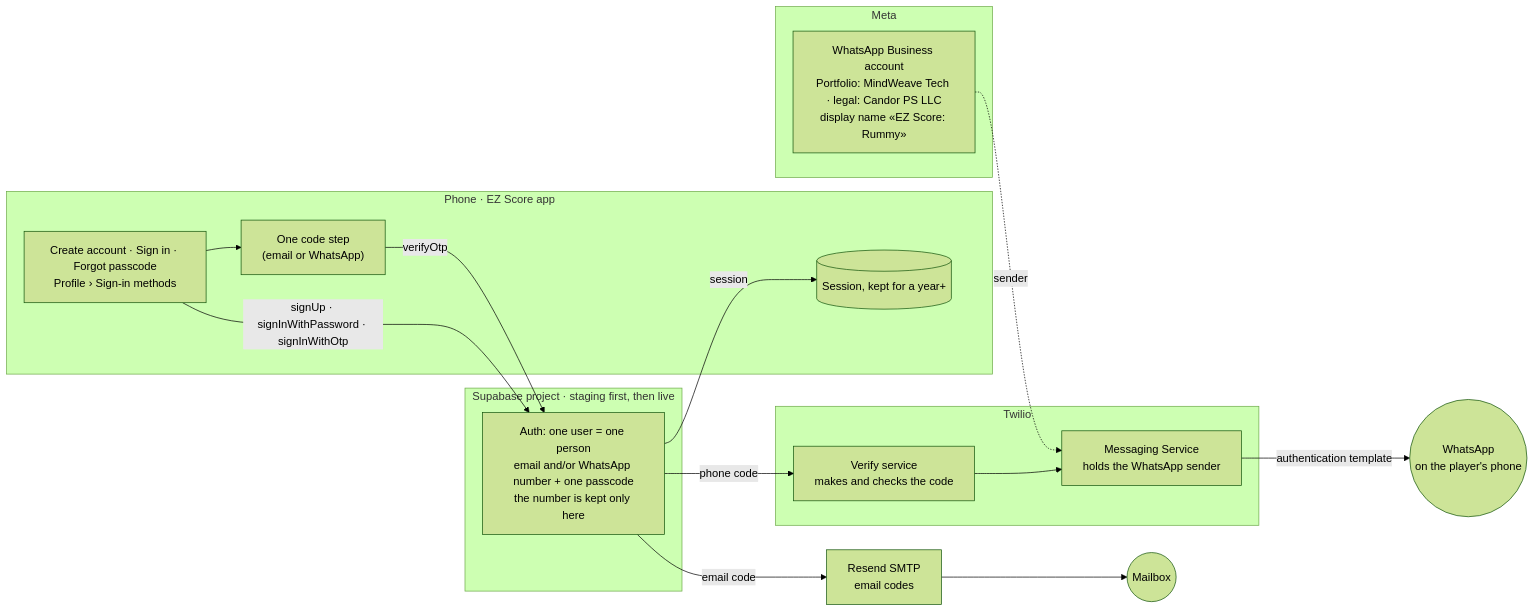
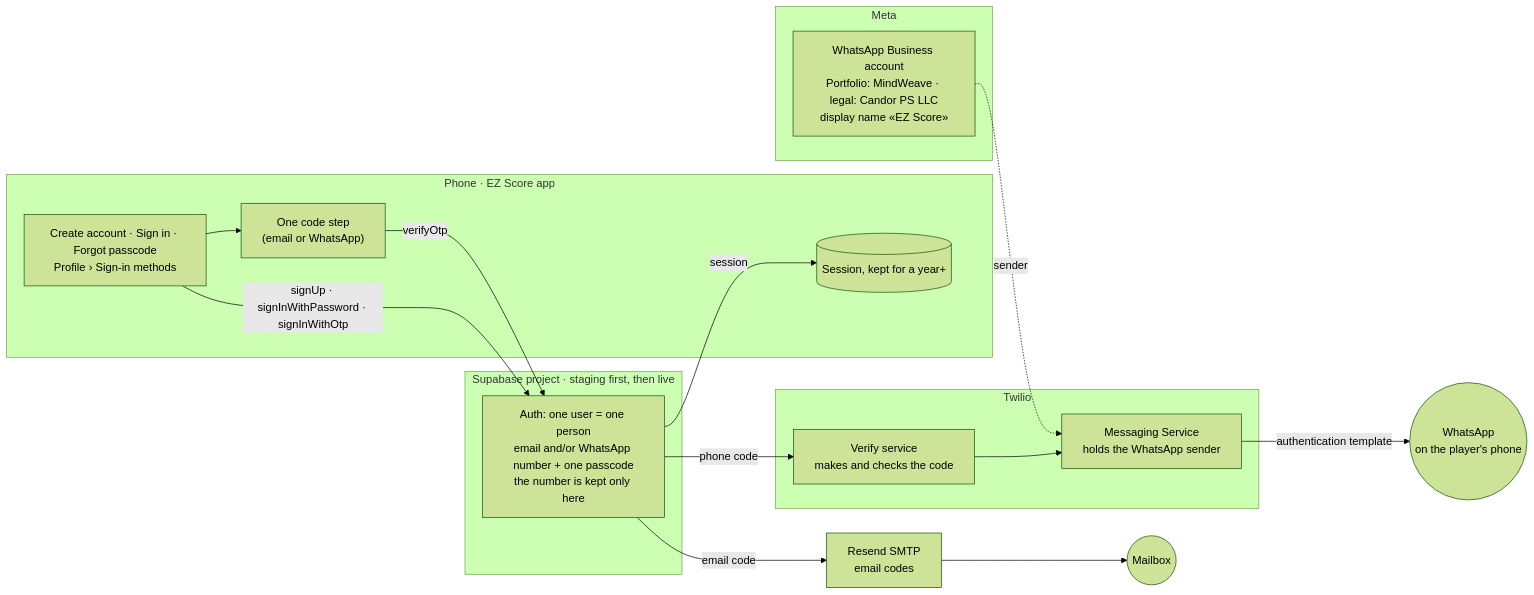
The first of 9 diagrams in rummy-home3/docs/whatsapp-sign-in/flows.md (sreeatcandorps/RummyHome), drawn with Mermaid (forest theme) before and after one commit. The commit also changed other lines of this file and 4 other files, not shown here.

Commit message:
WhatsApp spec: one APK (D117), MindWeave and EZ Score names (D118, D119), new Twilio number (D120), California DBA (D121), Candor PS out of sight (D123)

````diff
--- a/rummy-home3/docs/whatsapp-sign-in/flows.md
+++ b/rummy-home3/docs/whatsapp-sign-in/flows.md
@@ -17,29 +17,29 @@
 ```mermaid
 flowchart LR
   subgraph phone["Phone · EZ Score app"]
     UI["Create account · Sign in · Forgot passcode<br/>Profile › Sign-in methods"]
     STEP["One code step<br/>(email or WhatsApp)"]
     SESS[("Session, kept for a year+")]
   end
   subgraph supa["Supabase project · staging first, then live"]
     AUTH["Auth: one user = one person<br/>email and/or WhatsApp number + one passcode<br/>the number is kept only here"]
   end
   subgraph tw["Twilio"]
     VER["Verify service<br/>makes and checks the code"]
     MG["Messaging Service<br/>holds the WhatsApp sender"]
   end
   subgraph meta["Meta"]
-    WABA["WhatsApp Business account<br/>Portfolio: MindWeave Tech · legal: Candor PS LLC<br/>display name «EZ Score: Rummy»"]
+    WABA["WhatsApp Business account<br/>Portfolio: MindWeave · legal: Candor PS LLC<br/>display name «EZ Score»"]
   end
   RES["Resend SMTP<br/>email codes"]
   WA(("WhatsApp<br/>on the player's phone"))
   MAIL(("Mailbox"))
 
   UI --> STEP
   UI -- "signUp · signInWithPassword · signInWithOtp" --> AUTH
   STEP -- "verifyOtp" --> AUTH
   AUTH -- "session" --> SESS
   AUTH -- "phone code" --> VER --> MG -- "authentication template" --> WA
   WABA -. "sender" .-> MG
   AUTH -- "email code" --> RES --> MAIL
 ```
````
